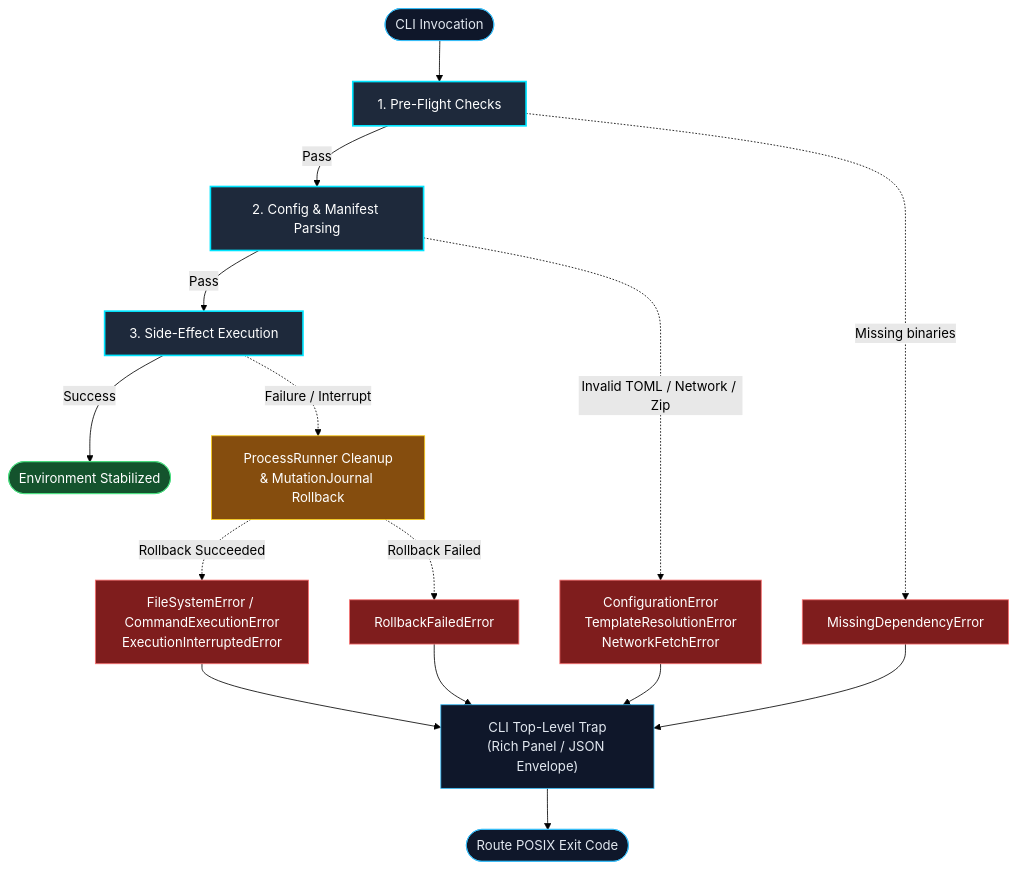
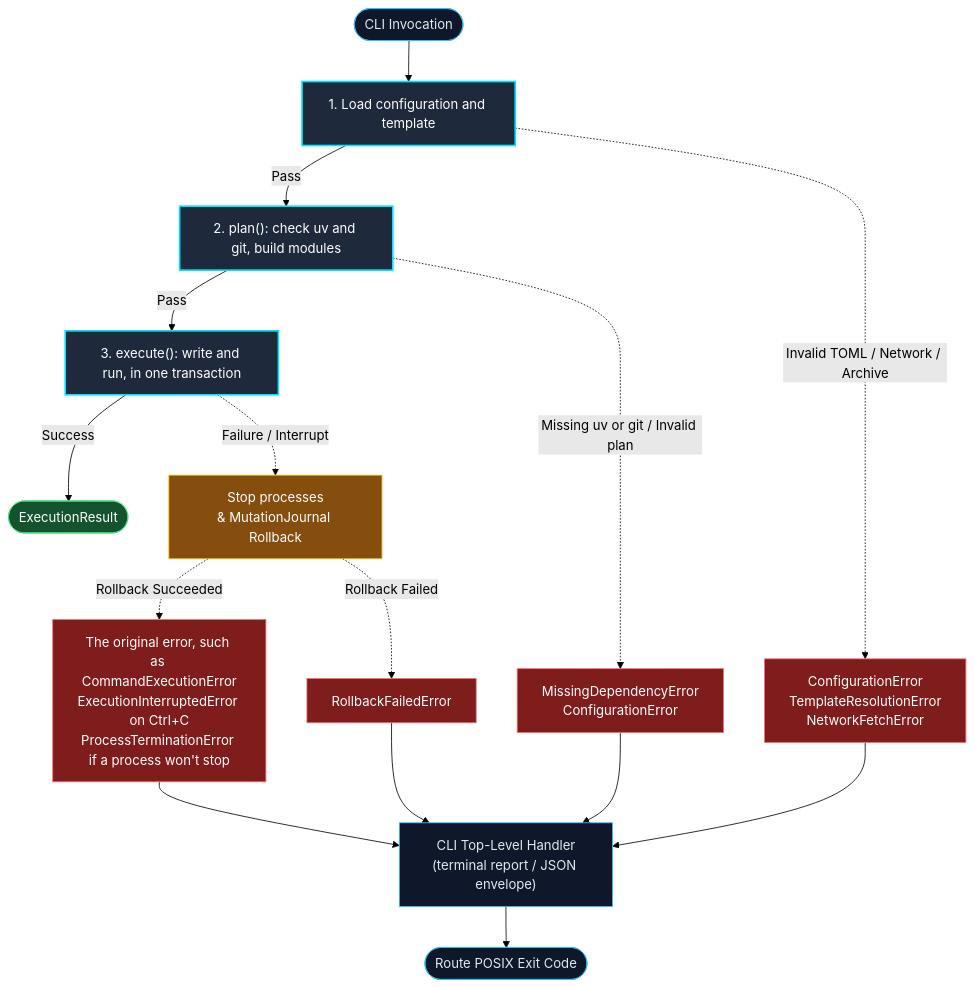
The diagram in docs/mechanics/error_handling.md (JacksonFergusonDev/protostar), drawn with Mermaid (forest theme) before and after one commit. The commit also changed other lines of this file and 4 other files, not shown here.

````diff
--- a/docs/mechanics/error_handling.md
+++ b/docs/mechanics/error_handling.md
@@ -35,23 +35,23 @@
 ```mermaid
 flowchart TD
     classDef phase fill:#1e293b,stroke:#00e5ff,stroke-width:2px,color:#fff;
     classDef error fill:#7f1d1d,stroke:#f87171,stroke-width:1px,color:#fff;
     classDef core fill:#0f172a,stroke:#38bdf8,stroke-width:1px,color:#e2e8f0;
     classDef success fill:#14532d,stroke:#4ade80,stroke-width:1px,color:#fff;
     classDef rollback fill:#854d0e,stroke:#facc15,stroke-width:1px,color:#fff;
 
-    Start([CLI Invocation]):::core --> P1["1. Pre-Flight Checks"]:::phase
-    P1 -->|Pass| P2["2. Config & Manifest Parsing"]:::phase
-    P2 -->|Pass| P3["3. Side-Effect Execution"]:::phase
-    P3 -->|Success| End([Environment Stabilized]):::success
+    Start([CLI Invocation]):::core --> P1["1. Load configuration and template"]:::phase
+    P1 -->|Pass| P2["2. plan(): check uv and git, build modules"]:::phase
+    P2 -->|Pass| P3["3. execute(): write and run, in one transaction"]:::phase
+    P3 -->|Success| End([ExecutionResult]):::success
 
-    P1 -.->|Missing binaries| E1["MissingDependencyError"]:::error
-    P2 -.->|Invalid TOML / Network / Zip| E2["ConfigurationError<br/>TemplateResolutionError<br/>NetworkFetchError"]:::error
-    P3 -.->|Failure / Interrupt| RB["ProcessRunner Cleanup<br/>& MutationJournal Rollback"]:::rollback
+    P1 -.->|Invalid TOML / Network / Archive| E1["ConfigurationError<br/>TemplateResolutionError<br/>NetworkFetchError"]:::error
+    P2 -.->|Missing uv or git / Invalid plan| E2["MissingDependencyError<br/>ConfigurationError"]:::error
+    P3 -.->|Failure / Interrupt| RB["Stop processes<br/>& MutationJournal Rollback"]:::rollback
 
-    RB -.->|Rollback Succeeded| E3["FileSystemError / CommandExecutionError<br/>ExecutionInterruptedError"]:::error
+    RB -.->|Rollback Succeeded| E3["The original error, such as CommandExecutionError<br/>ExecutionInterruptedError on Ctrl+C<br/>ProcessTerminationError if a process won't stop"]:::error
     RB -.->|Rollback Failed| E4["RollbackFailedError"]:::error
 
-    E1 & E2 & E3 & E4 --> Trap["CLI Top-Level Trap<br/>(Rich Panel / JSON Envelope)"]:::core
+    E1 & E2 & E3 & E4 --> Trap["CLI Top-Level Handler<br/>(terminal report / JSON envelope)"]:::core
     Trap --> Exit([Route POSIX Exit Code]):::core
 ```
````
